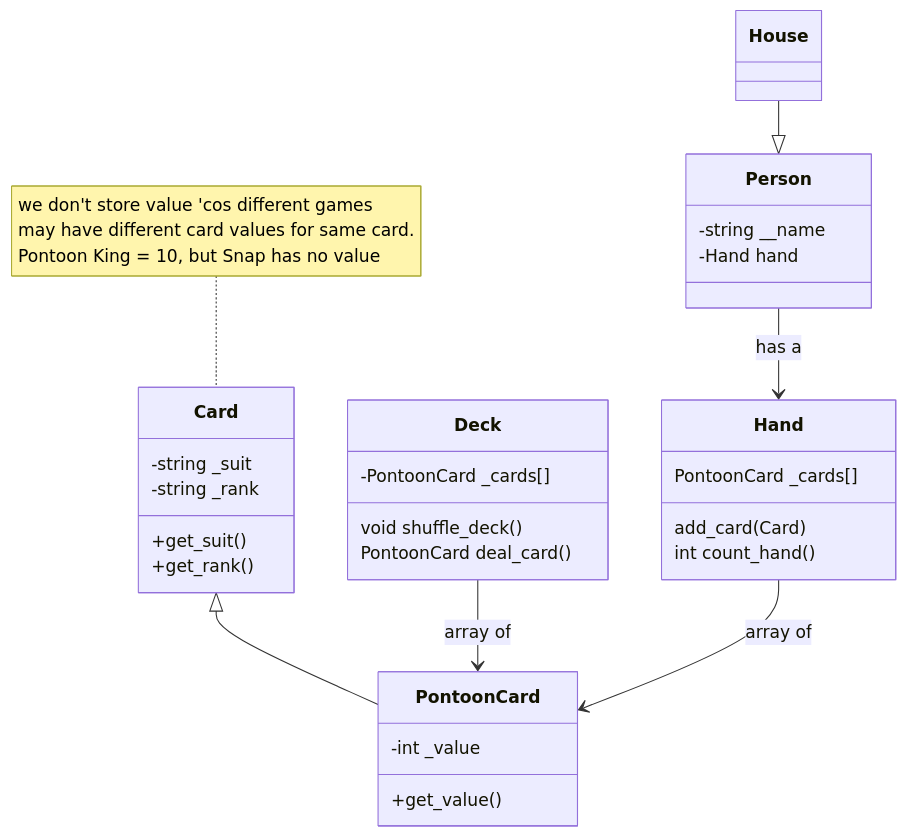
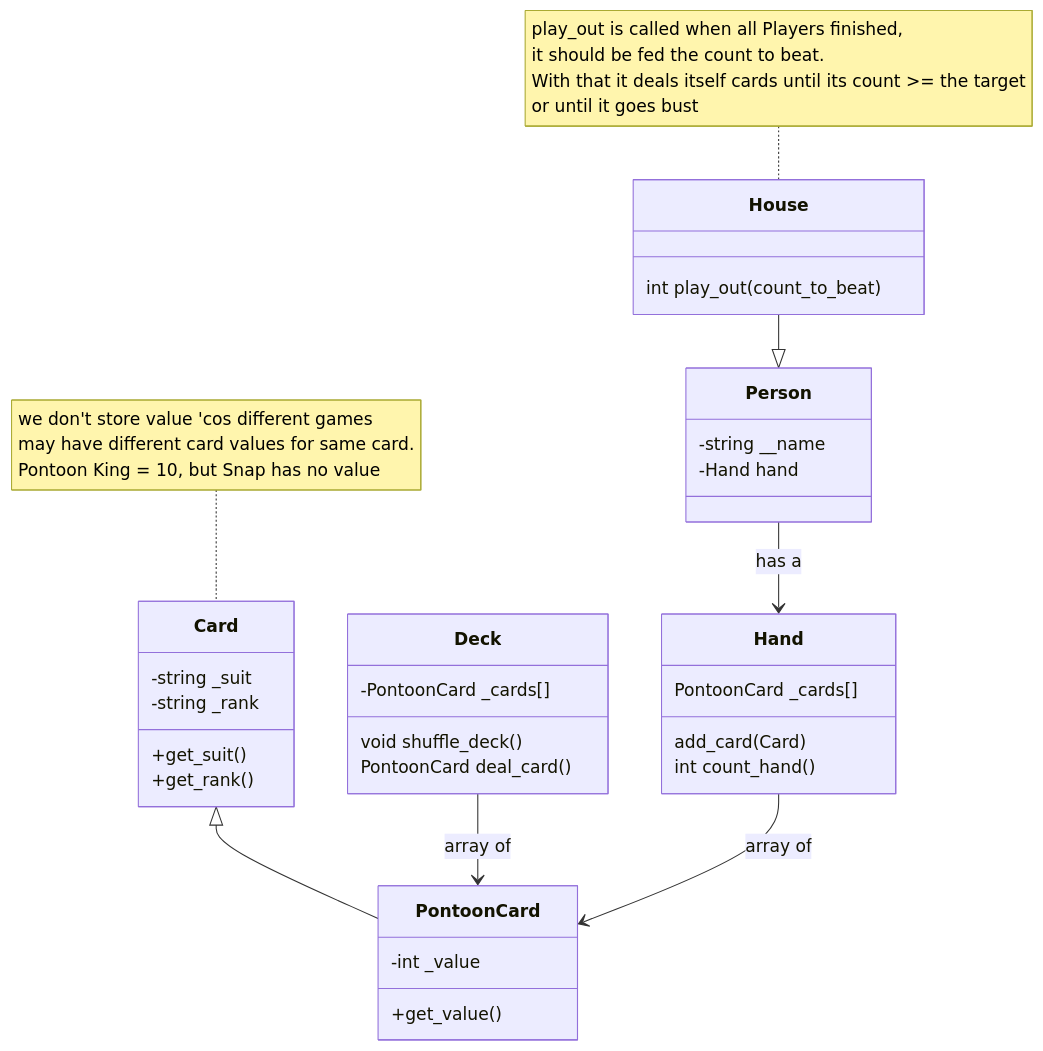
The diagram in README.md (godziller/pontoon), drawn with Mermaid before and after one commit.

Commit message:
Some thoughts on how the House behaves

````diff
--- a/README.md
+++ b/README.md
@@ -17,42 +17,48 @@
 ```mermaid
 
 classDiagram
     Card <|-- PontoonCard
     Deck --> PontoonCard: array of
     Hand --> PontoonCard: array of
     Person --> Hand: has a
     House --|> Person
     note for Card "we don't store value 'cos different games
         may have different card values for same card.
         Pontoon King = 10, but Snap has no value"
+        
+    note for House "play_out is called when all Players finished,
+    it should be fed the count to beat.
+    With that it deals itself cards until its count >= the target
+    or until it goes bust"    
     class Card{
         -string _suit
         -string _rank
         +get_suit()
         +get_rank()
     }
     class PontoonCard{
         -int _value
 
         +get_value()
     }
     class Deck{
     -PontoonCard _cards[]
     void shuffle_deck()
     PontoonCard deal_card()
     }
     class Hand{
         PontoonCard _cards[]
         add_card(Card)
         int count_hand()
     }
     class Person{
         -string __name
         -Hand hand
     }
     class House{
+        int play_out(count_to_beat)
         
     }
     
 
 ```
````
